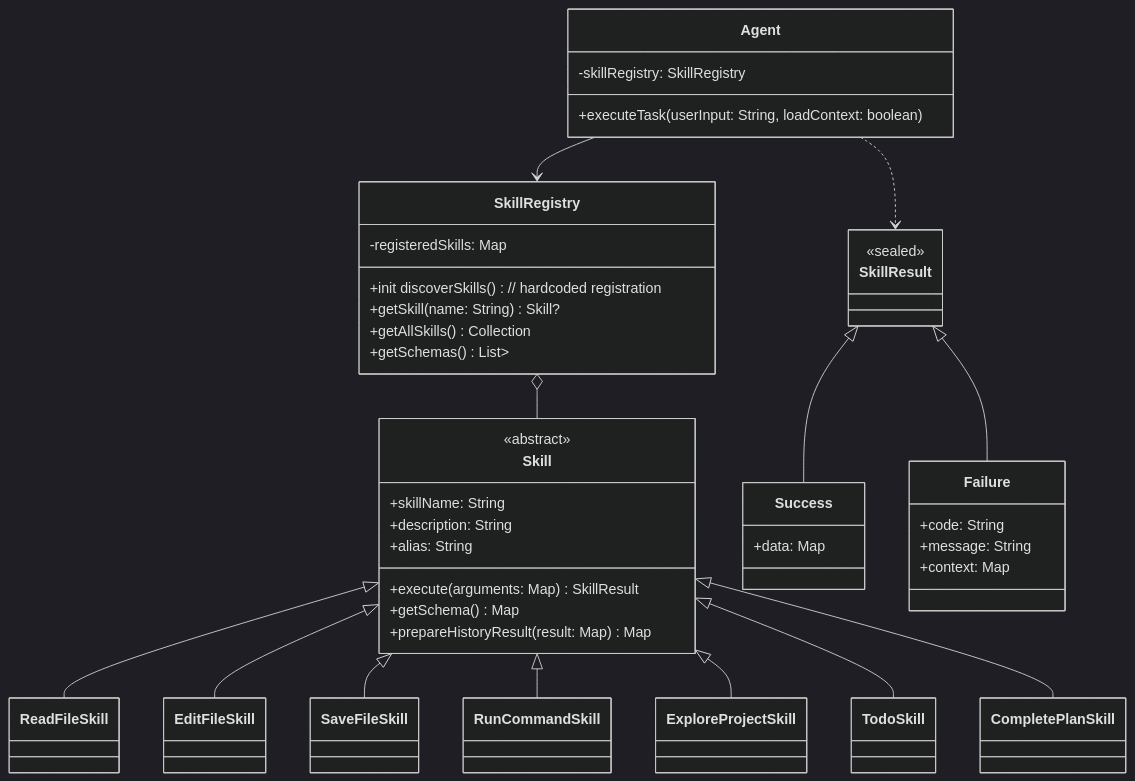
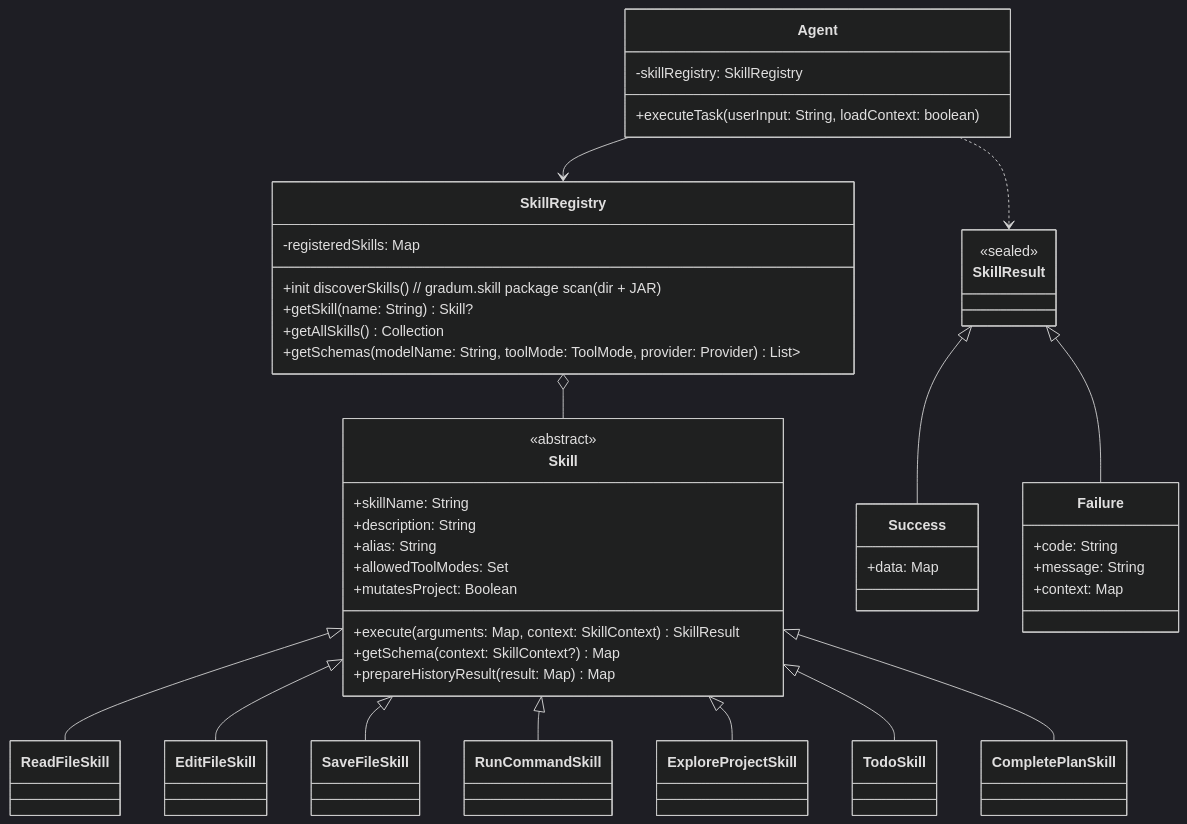
Before and after one commit to lg841226/Gradum: diagram 19 of 29 in docs/ARCHITECTURE.md, drawn with Mermaid (dark theme). The commit also changed other lines of this file and 5 other files, not shown here.

Commit message:
docs: sync ARCHITECTURE.md with framework refactor and polish skill/plugin code

````diff
--- a/docs/ARCHITECTURE.md
+++ b/docs/ARCHITECTURE.md
@@ -1055,61 +1205,63 @@
 ```mermaid
 classDiagram
     class Skill {
         <<abstract>>
         +skillName: String
         +description: String
         +alias: String
-        +execute(arguments: Map<String, Any>) SkillResult
-        +getSchema() Map<String, Any>
+        +allowedToolModes: Set<ToolMode>
+        +mutatesProject: Boolean
+        +execute(arguments: Map<String, Any>, context: SkillContext) SkillResult
+        +getSchema(context: SkillContext?) Map<String, Any>
         +prepareHistoryResult(result: Map<String, Any>) Map<String, Any>
     }
 
     class SkillResult {
         <<sealed>>
     }
 
     class Success {
         +data: Map<String, Any>
     }
 
     class Failure {
         +code: String
         +message: String
         +context: Map<String, Any>
     }
 
     class SkillRegistry {
         -registeredSkills: Map<String, Skill>
-        +init discoverSkills() // hardcoded registration
+        +init discoverSkills() // gradum.skill package scan (dir + JAR)
         +getSkill(name: String) Skill?
         +getAllSkills() Collection<Skill>
-        +getSchemas() List<Map<String, Any>>
+        +getSchemas(modelName: String, toolMode: ToolMode, provider: Provider) List<Map<String, Any>>
     }
 
     class ReadFileSkill
     class EditFileSkill
     class SaveFileSkill
     class RunCommandSkill
     class ExploreProjectSkill
     class TodoSkill
     class CompletePlanSkill
 
     SkillResult <|-- Success
     SkillResult <|-- Failure
     Skill <|-- ReadFileSkill
     Skill <|-- EditFileSkill
     Skill <|-- SaveFileSkill
     Skill <|-- RunCommandSkill
     Skill <|-- ExploreProjectSkill
     Skill <|-- TodoSkill
     Skill <|-- CompletePlanSkill
     SkillRegistry o-- Skill
 
     class Agent {
         -skillRegistry: SkillRegistry
         +executeTask(userInput: String, loadContext: boolean)
     }
 
     Agent --> SkillRegistry
     Agent ..> SkillResult
 ```
````
